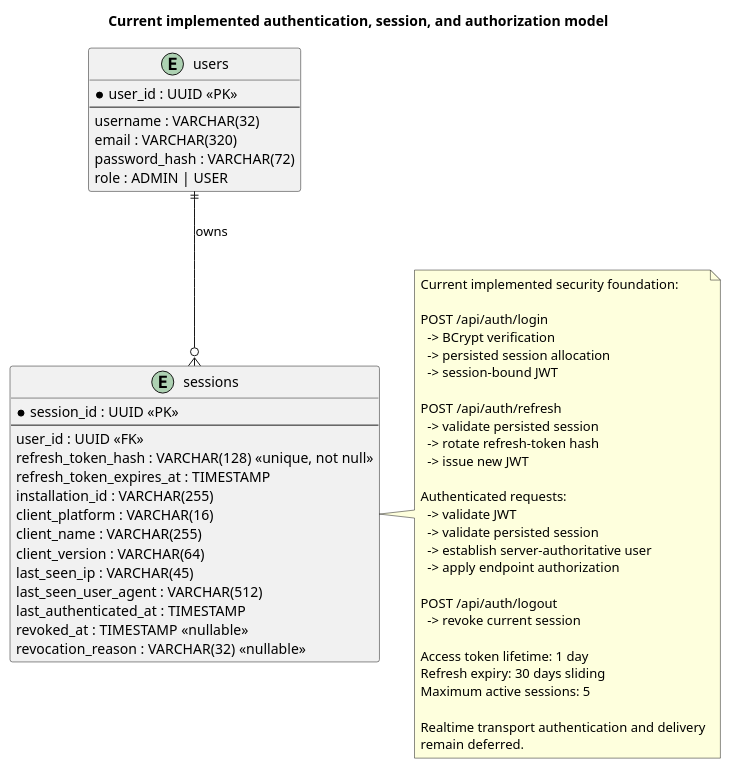
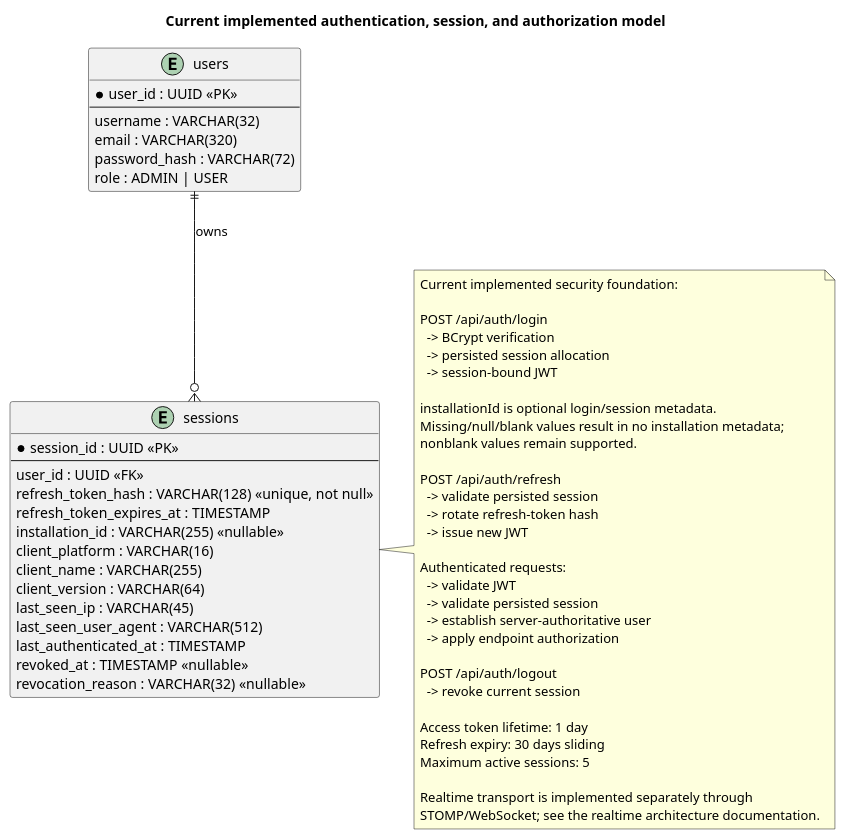
One commit to animesh0404/samvaad-server changed the diagram in docs/architecture/diagrams/current-authentication-session.puml. Above: the diagram before and after it, drawn with PlantUML. The commit also changed 5 other files, not shown here.

Commit message:
docs: reconcile optional installation identity

```diff
--- a/docs/architecture/diagrams/current-authentication-session.puml
+++ b/docs/architecture/diagrams/current-authentication-session.puml
@@ -1,61 +1,65 @@
 @startuml
 title Current implemented authentication, session, and authorization model
 
 entity users {
   * user_id : UUID <<PK>>
   --
   username : VARCHAR(32)
   email : VARCHAR(320)
   password_hash : VARCHAR(72)
   role : ADMIN | USER
 }
 
 entity sessions {
   * session_id : UUID <<PK>>
   --
   user_id : UUID <<FK>>
   refresh_token_hash : VARCHAR(128) <<unique, not null>>
   refresh_token_expires_at : TIMESTAMP
-  installation_id : VARCHAR(255)
+  installation_id : VARCHAR(255) <<nullable>>
   client_platform : VARCHAR(16)
   client_name : VARCHAR(255)
   client_version : VARCHAR(64)
   last_seen_ip : VARCHAR(45)
   last_seen_user_agent : VARCHAR(512)
   last_authenticated_at : TIMESTAMP
   revoked_at : TIMESTAMP <<nullable>>
   revocation_reason : VARCHAR(32) <<nullable>>
 }
 
 users ||--o{ sessions : owns
 
 note right of sessions
 Current implemented security foundation:
 
 POST /api/auth/login
   -> BCrypt verification
   -> persisted session allocation
   -> session-bound JWT
 
+installationId is optional login/session metadata.
+Missing/null/blank values result in no installation metadata;
+nonblank values remain supported.
+
 POST /api/auth/refresh
   -> validate persisted session
   -> rotate refresh-token hash
   -> issue new JWT
 
 Authenticated requests:
   -> validate JWT
   -> validate persisted session
   -> establish server-authoritative user
   -> apply endpoint authorization
 
 POST /api/auth/logout
   -> revoke current session
 
 Access token lifetime: 1 day
 Refresh expiry: 30 days sliding
 Maximum active sessions: 5
 
-Realtime transport authentication and delivery
-remain deferred.
+Realtime transport is implemented separately through
+STOMP/WebSocket; see the realtime architecture documentation.
 end note
 @enduml
```
